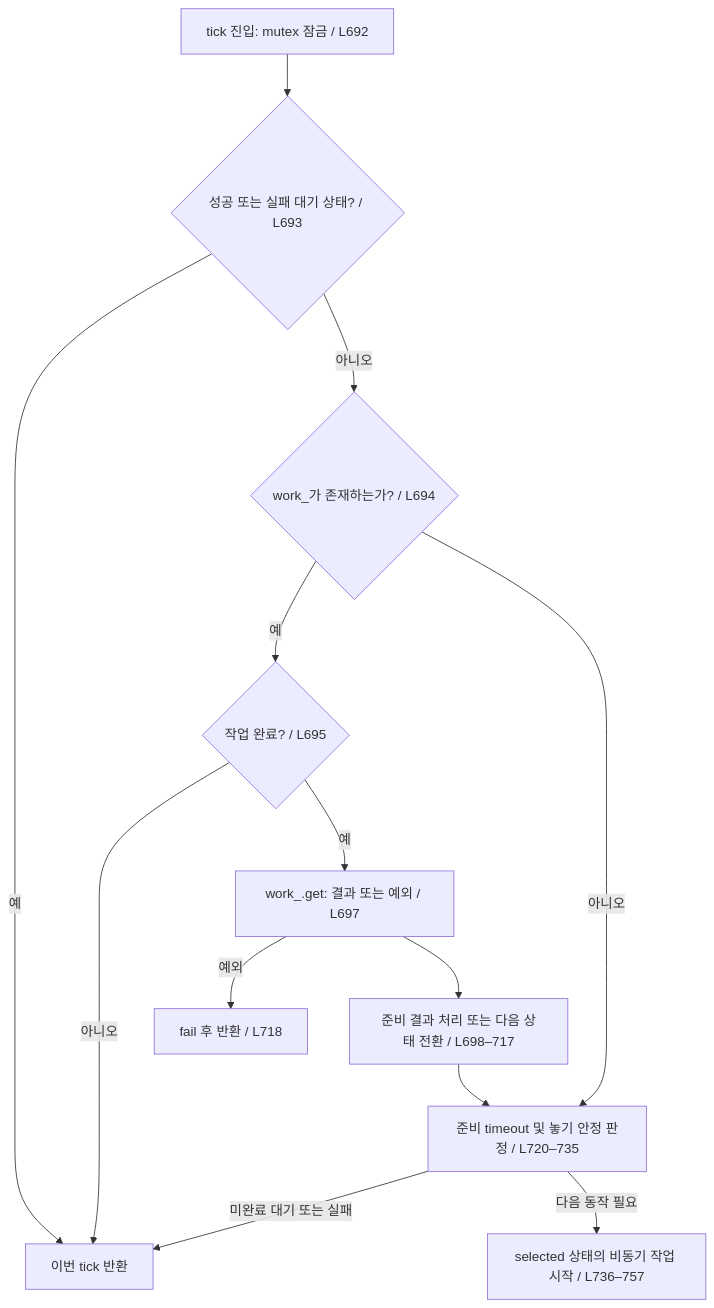
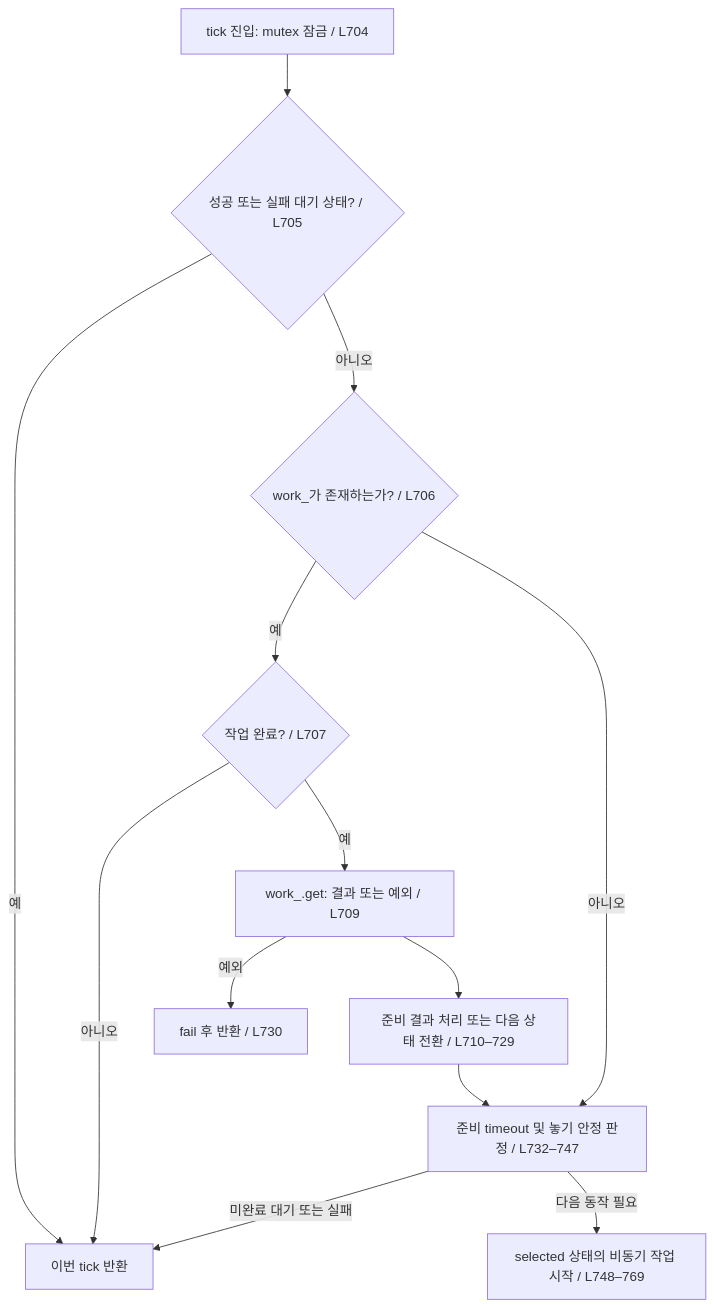
The third of 4 diagrams in docs/pick_and_place_test_cpp해설.md (dongseoki/my_arm_with_ball), drawn with Mermaid before and after one commit. The commit also changed other lines of this file and 1 other file, not shown here.

````diff
--- a/docs/pick_and_place_test_cpp해설.md
+++ b/docs/pick_and_place_test_cpp해설.md
@@ -100,15 +100,15 @@
 ```mermaid
 flowchart TD
-    ENTER["tick 진입: mutex 잠금 / L692"] --> END{"성공 또는 실패 대기 상태? / L693"}
+    ENTER["tick 진입: mutex 잠금 / L704"] --> END{"성공 또는 실패 대기 상태? / L705"}
     END -->|예| RET["이번 tick 반환"]
-    END -->|아니오| HAS{"work_가 존재하는가? / L694"}
-    HAS -->|예| DONE{"작업 완료? / L695"}
+    END -->|아니오| HAS{"work_가 존재하는가? / L706"}
+    HAS -->|예| DONE{"작업 완료? / L707"}
     DONE -->|아니오| RET
-    DONE -->|예| GET["work_.get: 결과 또는 예외 / L697"]
-    GET -->|예외| FAIL["fail 후 반환 / L718"]
-    GET --> NEXT["준비 결과 처리 또는 다음 상태 전환 / L698–717"]
-    NEXT --> CHECK["준비 timeout 및 놓기 안정 판정 / L720–735"]
+    DONE -->|예| GET["work_.get: 결과 또는 예외 / L709"]
+    GET -->|예외| FAIL["fail 후 반환 / L730"]
+    GET --> NEXT["준비 결과 처리 또는 다음 상태 전환 / L710–729"]
+    NEXT --> CHECK["준비 timeout 및 놓기 안정 판정 / L732–747"]
     HAS -->|아니오| CHECK
     CHECK -->|"미완료 대기 또는 실패"| RET
-    CHECK -->|"다음 동작 필요"| START["selected 상태의 비동기 작업 시작 / L736–757"]
+    CHECK -->|"다음 동작 필요"| START["selected 상태의 비동기 작업 시작 / L748–769"]
 ```
````
